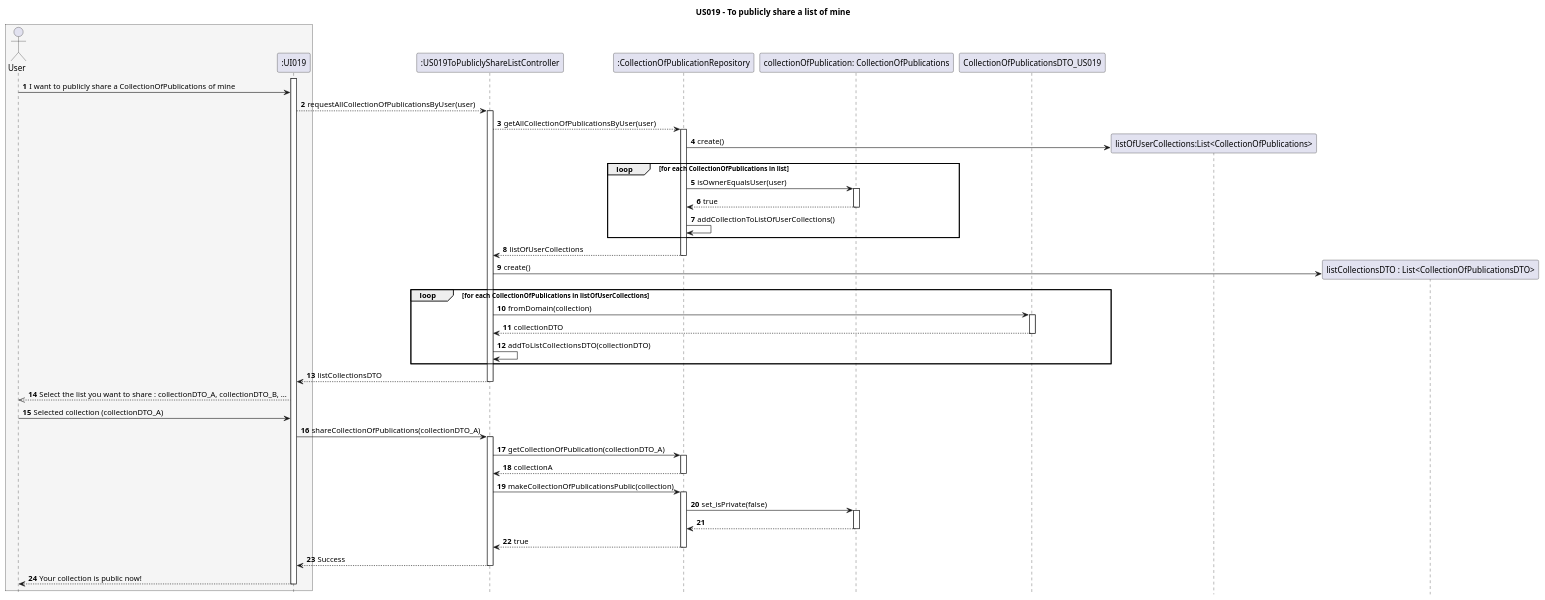
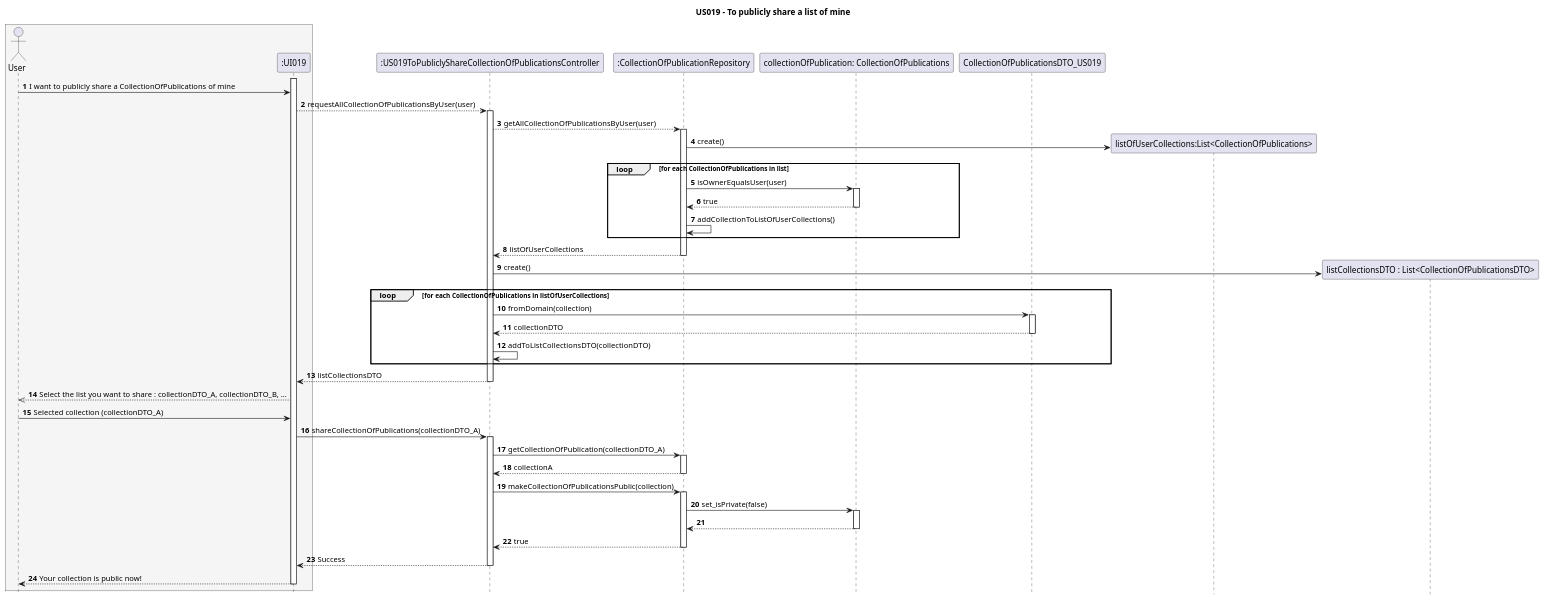
Before and after one commit to AndrePereiraGitH/SWitCH-Project-Team_A: the diagram in Diagrams/SequenceDiagrams/N2/US019-to-publicly-share-a-list.puml, drawn with PlantUML.

Commit message:
working on #145 - Sequence Diagram N2 - change controller name

```diff
--- a/Diagrams/SequenceDiagrams/N2/US019-to-publicly-share-a-list.puml
+++ b/Diagrams/SequenceDiagrams/N2/US019-to-publicly-share-a-list.puml
@@ -1,90 +1,90 @@
 @startuml
 
 hide footbox
 autonumber
 
 title US019 - To publicly share a list of mine
 
 box #WhiteSmoke
 actor User
 participant ":UI019" as UI
 end box
 
-participant ":US019ToPubliclyShareListController" as Controller
+participant ":US019ToPubliclyShareCollectionOfPublicationsController" as Controller
 participant ":CollectionOfPublicationRepository" as CollectionRepository
 participant "collectionOfPublication: CollectionOfPublications" as CollectionOfPublications
 participant "CollectionOfPublicationsDTO_US019" as dto
 
 activate UI
 
 User -> UI : I want to publicly share a CollectionOfPublications of mine
 UI --> Controller: requestAllCollectionOfPublicationsByUser(user)
 
 activate Controller
 Controller --> CollectionRepository: getAllCollectionOfPublicationsByUser(user)
 activate CollectionRepository
 create "listOfUserCollections:List<CollectionOfPublications>" as CollectionOfPublicationsList
 CollectionRepository -> CollectionOfPublicationsList : create()
 
 loop for each CollectionOfPublications in list
     CollectionRepository -> CollectionOfPublications : isOwnerEqualsUser(user)
     activate CollectionOfPublications
     CollectionOfPublications --> CollectionRepository : true
 
     deactivate CollectionOfPublications
 
     CollectionRepository -> CollectionRepository : addCollectionToListOfUserCollections()
 
 
 
 end
 
 
 CollectionRepository --> Controller: listOfUserCollections
 deactivate CollectionRepository
 
 'Controller --> UI: listOfUserCollections
 create "listCollectionsDTO : List<CollectionOfPublicationsDTO>" as CollectionDTOList
 Controller -> CollectionDTOList : create()
 loop for each CollectionOfPublications in listOfUserCollections
     Controller -> dto : fromDomain(collection)
     activate dto
     dto --> Controller : collectionDTO
     deactivate dto
     Controller -> Controller : addToListCollectionsDTO(collectionDTO)
 
 end
 Controller --> UI : listCollectionsDTO
 deactivate Controller
 
 UI -->> User : Select the list you want to share : collectionDTO_A, collectionDTO_B, ...
 User -> UI : Selected collection (collectionDTO_A)
 UI -> Controller : shareCollectionOfPublications(collectionDTO_A)
 
 
 activate Controller
 Controller -> CollectionRepository : getCollectionOfPublication(collectionDTO_A)
 activate CollectionRepository
 CollectionRepository --> Controller : collectionA
 deactivate CollectionRepository
 
 
 Controller -> CollectionRepository : makeCollectionOfPublicationsPublic(collection)
 activate CollectionRepository
 CollectionRepository -> CollectionOfPublications : set_isPrivate(false)
 activate CollectionOfPublications
 CollectionOfPublications --> CollectionRepository
 deactivate CollectionOfPublications
 
 CollectionRepository --> Controller : true
 
 deactivate CollectionRepository
 
 Controller --> UI : Success
 deactivate Controller
 
 UI --> User: Your collection is public now!
 
 deactivate UI
 
 @enduml
```
